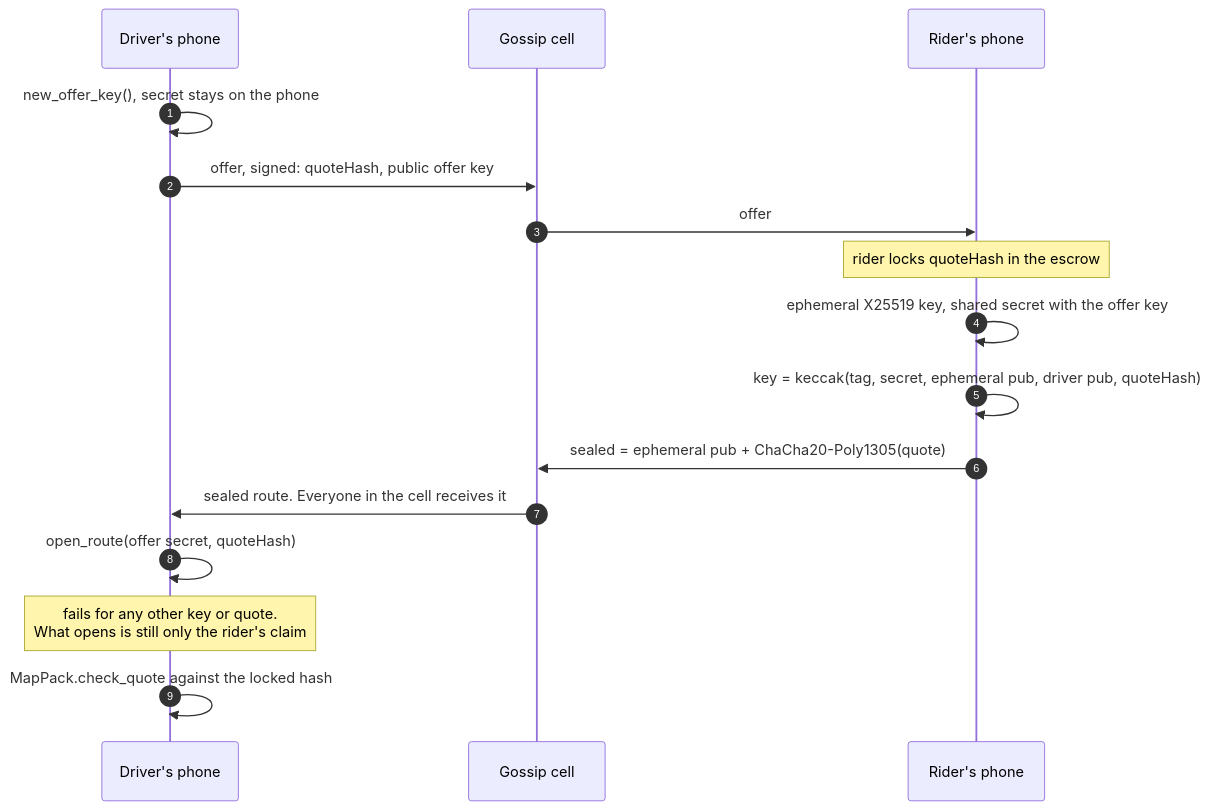
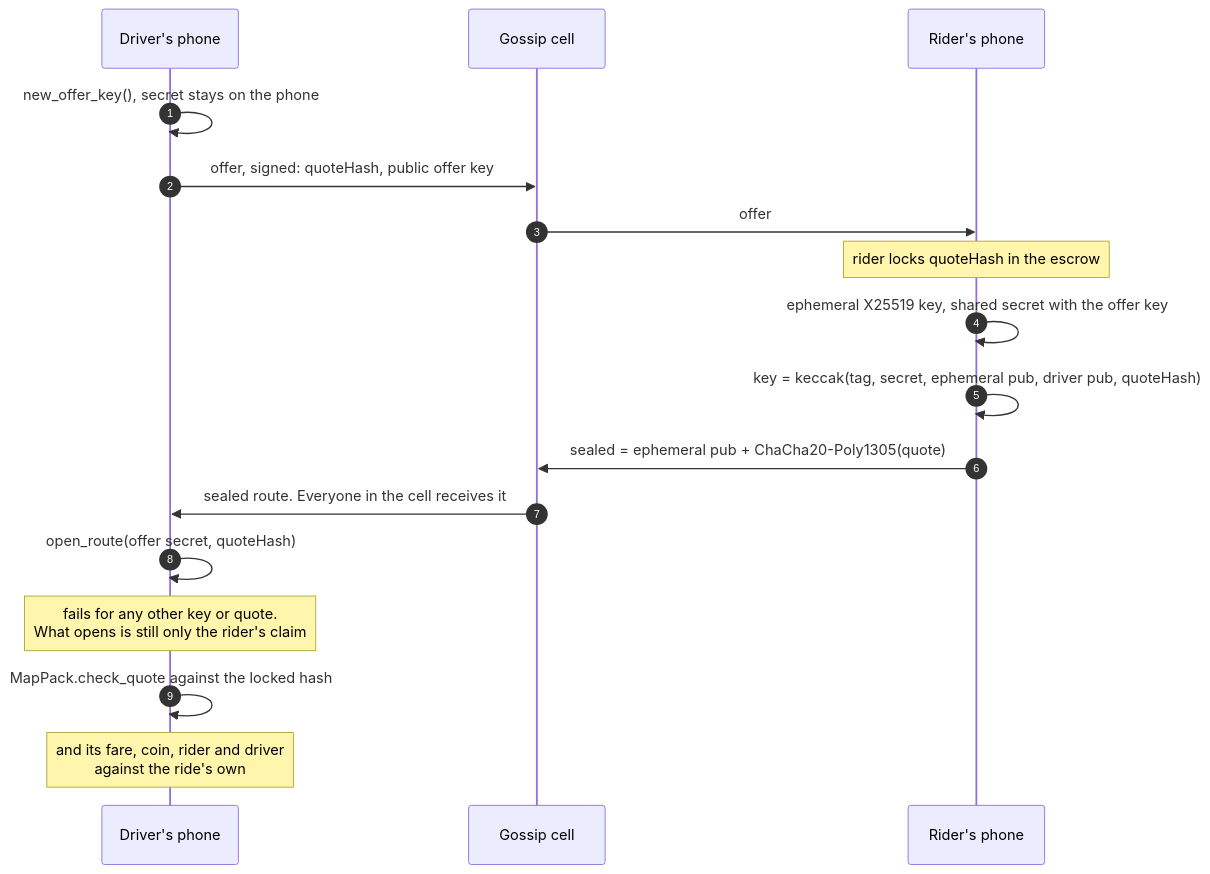
The second of 4 diagrams in core/docs/security.md (MuriloSchaefer/klippelgo), drawn with Mermaid before and after one commit. The commit also changed other lines of this file and 83 other files, not shown here.

````diff
--- a/core/docs/security.md
+++ b/core/docs/security.md
@@ -49,19 +49,20 @@
 ```mermaid
 sequenceDiagram
     autonumber
     participant D as Driver's phone
     participant G as Gossip cell
     participant R as Rider's phone
 
     D->>D: new_offer_key(), secret stays on the phone
     D->>G: offer, signed: quoteHash, public offer key
     G->>R: offer
     Note over R: rider locks quoteHash in the escrow
     R->>R: ephemeral X25519 key, shared secret with the offer key
     R->>R: key = keccak(tag, secret, ephemeral pub, driver pub, quoteHash)
     R->>G: sealed = ephemeral pub + ChaCha20-Poly1305(quote)
     G->>D: sealed route. Everyone in the cell receives it
     D->>D: open_route(offer secret, quoteHash)
     Note over D: fails for any other key or quote.<br/>What opens is still only the rider's claim
     D->>D: MapPack.check_quote against the locked hash
+    Note over D: and its fare, coin, rider and driver<br/>against the ride's own
 ```
````
